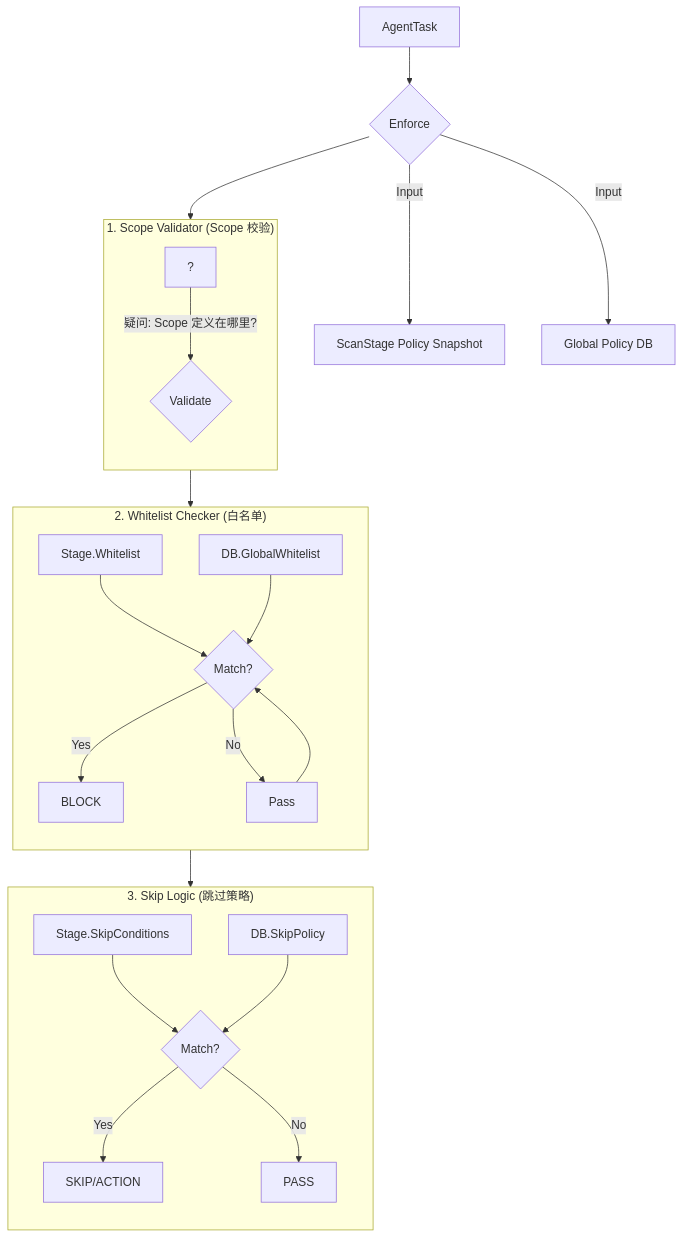
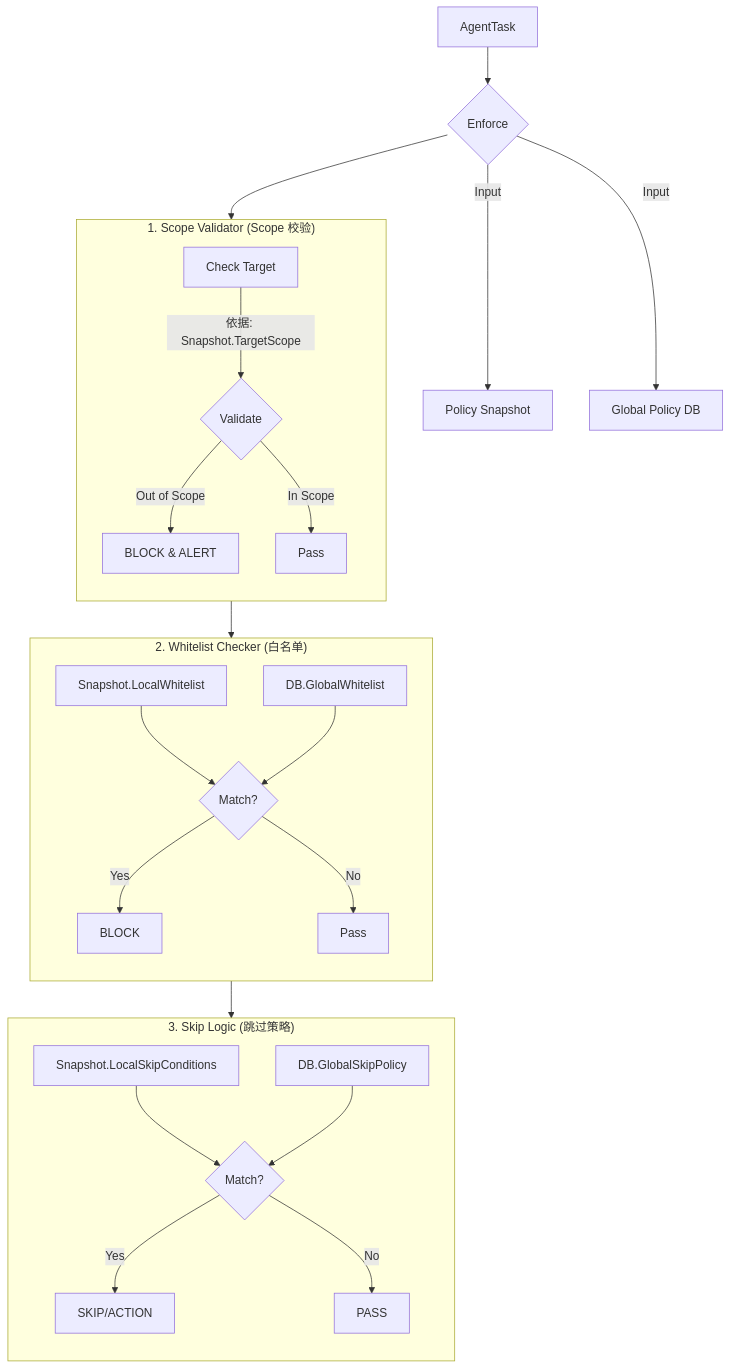
One commit to sun977/NeoScan changed the diagram in neoMaster/docs/Asset资产和核心编排器模块设计/策略执行器文档PolicyEnforcer/ALIGNMENT_PolicyEnforcer_Refactor.md. Above: the diagram before and after it, drawn with Mermaid. The commit also changed other lines of this file, not shown here.

First line of the commit message:
docs(PolicyEnforcer): 更新策略执行器重构文档以反映最新确认事项

````diff
--- a/neoMaster/docs/Asset资产和核心编排器模块设计/策略执行器文档PolicyEnforcer/ALIGNMENT_PolicyEnforcer_Refactor.md
+++ b/neoMaster/docs/Asset资产和核心编排器模块设计/策略执行器文档PolicyEnforcer/ALIGNMENT_PolicyEnforcer_Refactor.md
@@ -24,32 +24,33 @@
 ```mermaid
 graph TD
     A[AgentTask] --> B{Enforce}
-    B -->|Input| C[ScanStage Policy Snapshot]
+    B -->|Input| C[Policy Snapshot]
     B -->|Input| D[Global Policy DB]
     
     subgraph "1. Scope Validator (Scope 校验)"
         direction TB
-        E[?] -- 疑问: Scope 定义在哪里? --> F{Validate}
+        E[Check Target] -- 依据: Snapshot.TargetScope --> F{Validate}
+        F -- Out of Scope --> Block1[BLOCK & ALERT]
+        F -- In Scope --> Next1[Pass]
     end
     
     subgraph "2. Whitelist Checker (白名单)"
         direction TB
-        G[Stage.Whitelist] --> H{Match?}
+        G[Snapshot.LocalWhitelist] --> H{Match?}
         I[DB.GlobalWhitelist] --> H
-        H -- Yes --> Block[BLOCK]
-        H -- No --> Next1[Pass]
+        H -- Yes --> Block2[BLOCK]
+        H -- No --> Next2[Pass]
     end
     
     subgraph "3. Skip Logic (跳过策略)"
         direction TB
-        J[Stage.SkipConditions] --> K{Match?}
-        L[DB.SkipPolicy] --> K
+        J[Snapshot.LocalSkipConditions] --> K{Match?}
+        L[DB.GlobalSkipPolicy] --> K
         K -- Yes --> Skip[SKIP/ACTION]
         K -- No --> Pass[PASS]
     end
     
     B --> F
-    F --> Next1
     Next1 --> H
-    Next1 --> K
+    Next2 --> K
 ```
````
